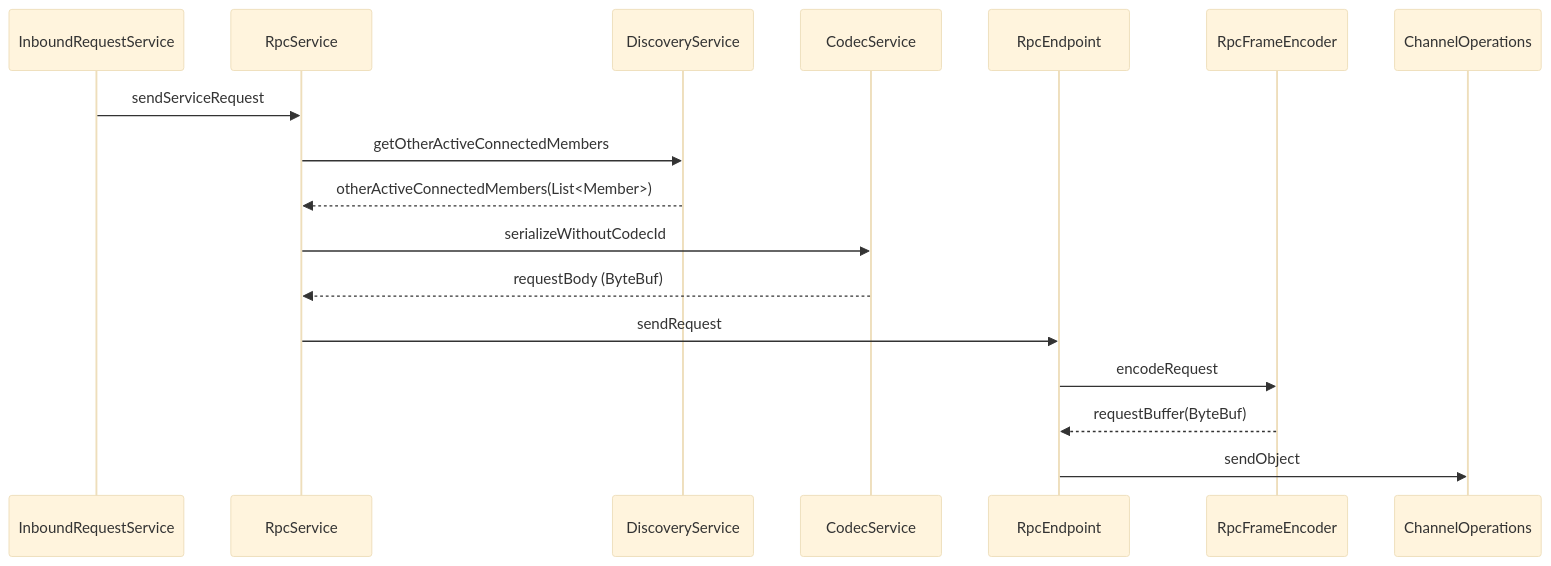
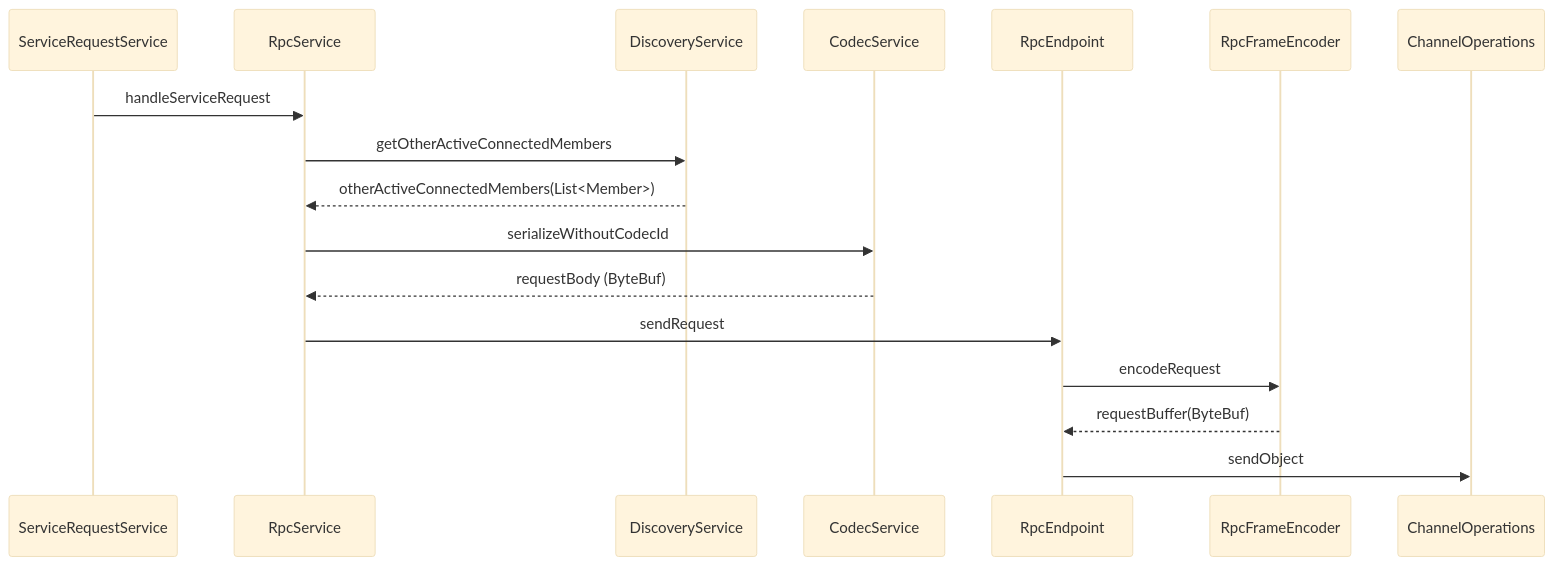
The fourth of 4 diagrams in turms-docs/src/for-developers/code.md (turms-im/turms), drawn with Mermaid (base theme) before and after one commit. The commit also changed other lines of this file and 779 other files, not shown here.

````diff
--- a/turms-docs/src/for-developers/code.md
+++ b/turms-docs/src/for-developers/code.md
@@ -442,19 +446,19 @@
 ```mermaid
 sequenceDiagram
-    participant I as InboundRequestService
+    participant S as ServiceRequestService
     participant R as RpcService
     participant D as DiscoveryService
     participant C as CodecService
     participant E as RpcEndpoint
     participant F as RpcFrameEncoder
     participant O as ChannelOperations
-    I->>R: sendServiceRequest
+    S->>R: handleServiceRequest
     R->>D: getOtherActiveConnectedMembers
     D-->>R: otherActiveConnectedMembers(List<Member>)
     R->>C: serializeWithoutCodecId
     C-->>R: requestBody (ByteBuf)
     R->>E: sendRequest
     E->>F: encodeRequest
     F-->>E: requestBuffer(ByteBuf)
     E->>O: sendObject
 ```
````
